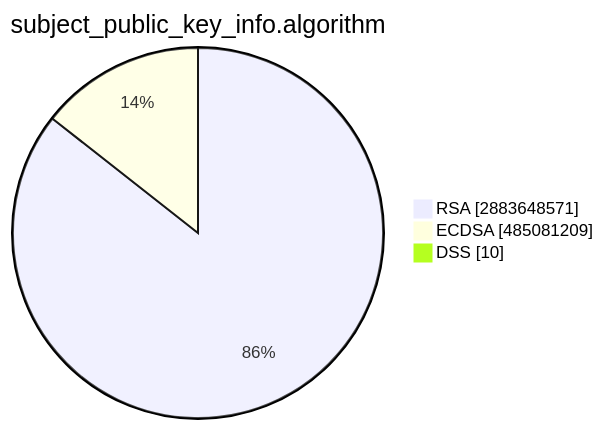
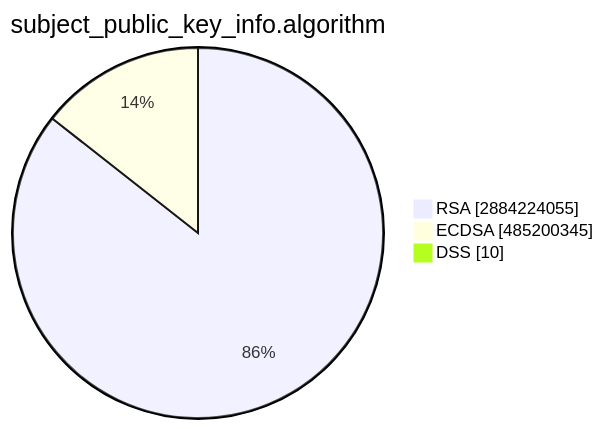
The second of 15 diagrams in TOTAL/README.md (christiankrug/ctmonitor_visualization), drawn with Mermaid before and after one commit. The commit also changed other lines of this file, not shown here.

````diff
--- a/TOTAL/README.md
+++ b/TOTAL/README.md
@@ -6,7 +6,7 @@
 ```mermaid
 pie showData
 title subject_public_key_info.algorithm
-"RSA" :2883648571
-"ECDSA" :485081209
+"RSA" :2884224055
+"ECDSA" :485200345
 "DSS" :10
 ```
````
